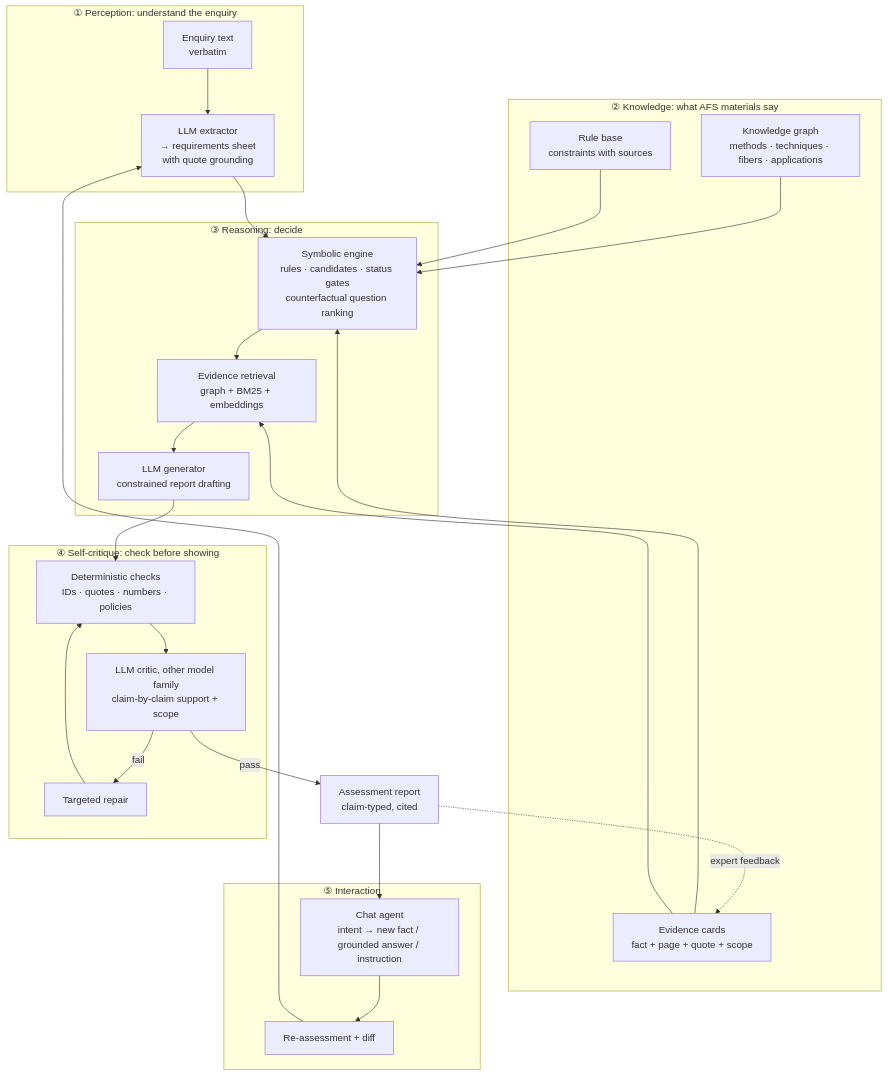
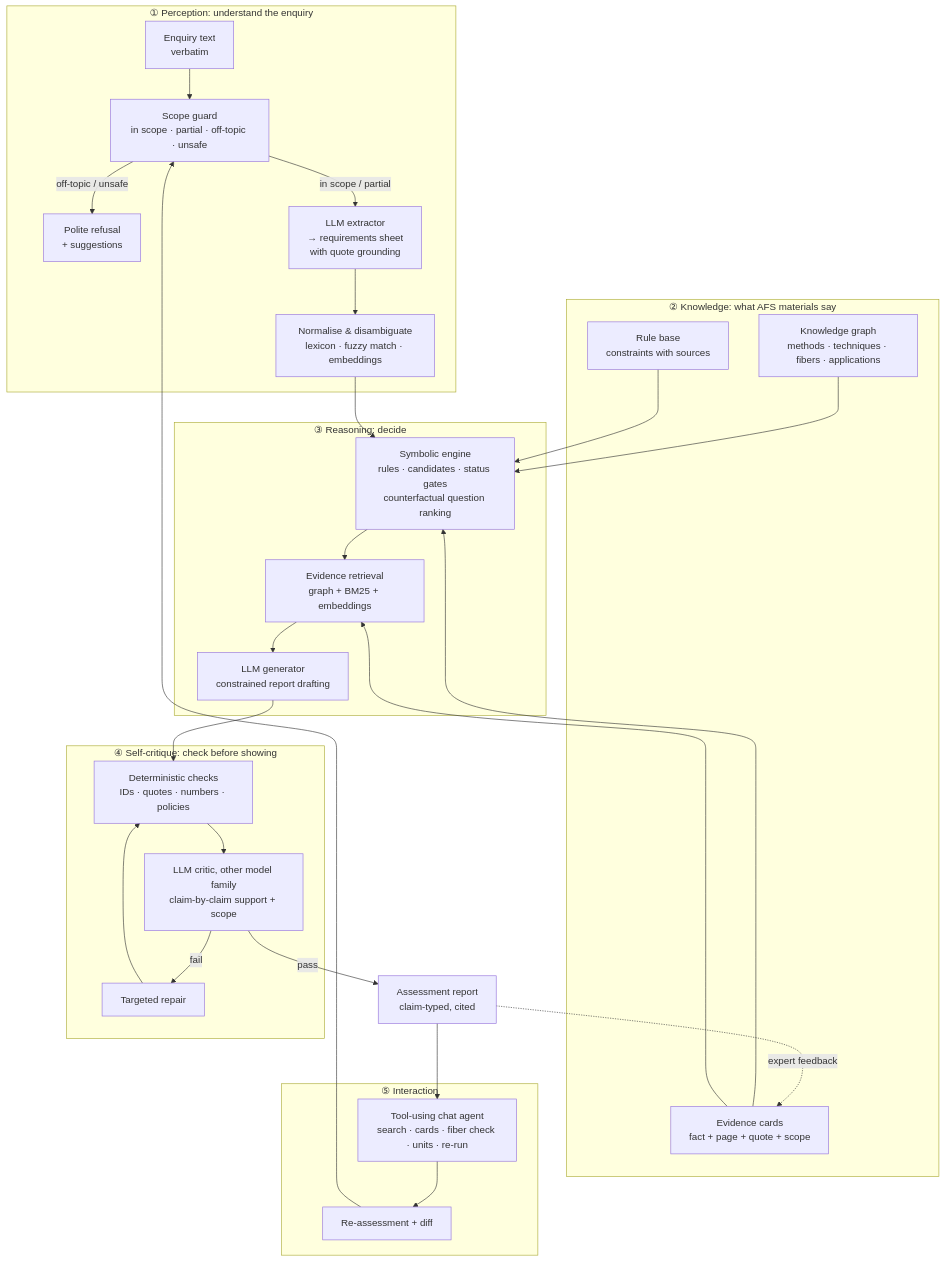
One commit to m-mahmoud-mohamed/AI-Assistant-for-In-line-Spectroscopy changed the first of 5 diagrams in docs/AI_ARCHITECTURE.md. Above: the diagram before and after it, drawn with Mermaid. The commit also changed other lines of this file and 2 other files, not shown here.

First line of the commit message:
docs: add scope guard, typo/ambiguity normalisation and tool-using chat agent

````diff
--- a/docs/AI_ARCHITECTURE.md
+++ b/docs/AI_ARCHITECTURE.md
@@ -17,34 +17,37 @@
 ```mermaid
 flowchart TB
   subgraph PERCEPTION["① Perception: understand the enquiry"]
-    IN[Enquiry text<br/>verbatim] --> EX[LLM extractor<br/>→ requirements sheet<br/>with quote grounding]
+    IN[Enquiry text<br/>verbatim] --> SG[Scope guard<br/>in scope · partial · off-topic · unsafe]
+    SG -->|off-topic / unsafe| SUG[Polite refusal<br/>+ suggestions]
+    SG -->|in scope / partial| EX[LLM extractor<br/>→ requirements sheet<br/>with quote grounding]
+    EX --> NM[Normalise & disambiguate<br/>lexicon · fuzzy match · embeddings]
   end
   subgraph KNOWLEDGE["② Knowledge: what AFS materials say"]
     EC[Evidence cards<br/>fact + page + quote + scope]
     KG[Knowledge graph<br/>methods · techniques · fibers · applications]
     RB[Rule base<br/>constraints with sources]
   end
   subgraph REASONING["③ Reasoning: decide"]
     SE[Symbolic engine<br/>rules · candidates · status gates<br/>counterfactual question ranking]
     RT[Evidence retrieval<br/>graph + BM25 + embeddings]
     GEN[LLM generator<br/>constrained report drafting]
   end
   subgraph CRITIC["④ Self-critique: check before showing"]
     VD[Deterministic checks<br/>IDs · quotes · numbers · policies]
     VL[LLM critic, other model family<br/>claim-by-claim support + scope]
     RP[Targeted repair]
   end
   subgraph INTERACT["⑤ Interaction"]
-    CA[Chat agent<br/>intent → new fact / grounded answer / instruction]
+    CA[Tool-using chat agent<br/>search · cards · fiber check · units · re-run]
     DF[Re-assessment + diff]
   end
-  EX --> SE
+  NM --> SE
   EC & KG & RB --> SE
   SE --> RT --> GEN
   EC --> RT
   GEN --> VD --> VL
   VL -->|fail| RP --> VD
   VL -->|pass| OUT[Assessment report<br/>claim-typed, cited]
-  OUT --> CA --> DF --> EX
+  OUT --> CA --> DF --> SG
   OUT -.expert feedback.-> EC
 ```
````
